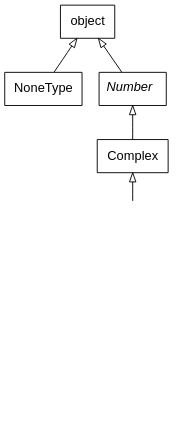
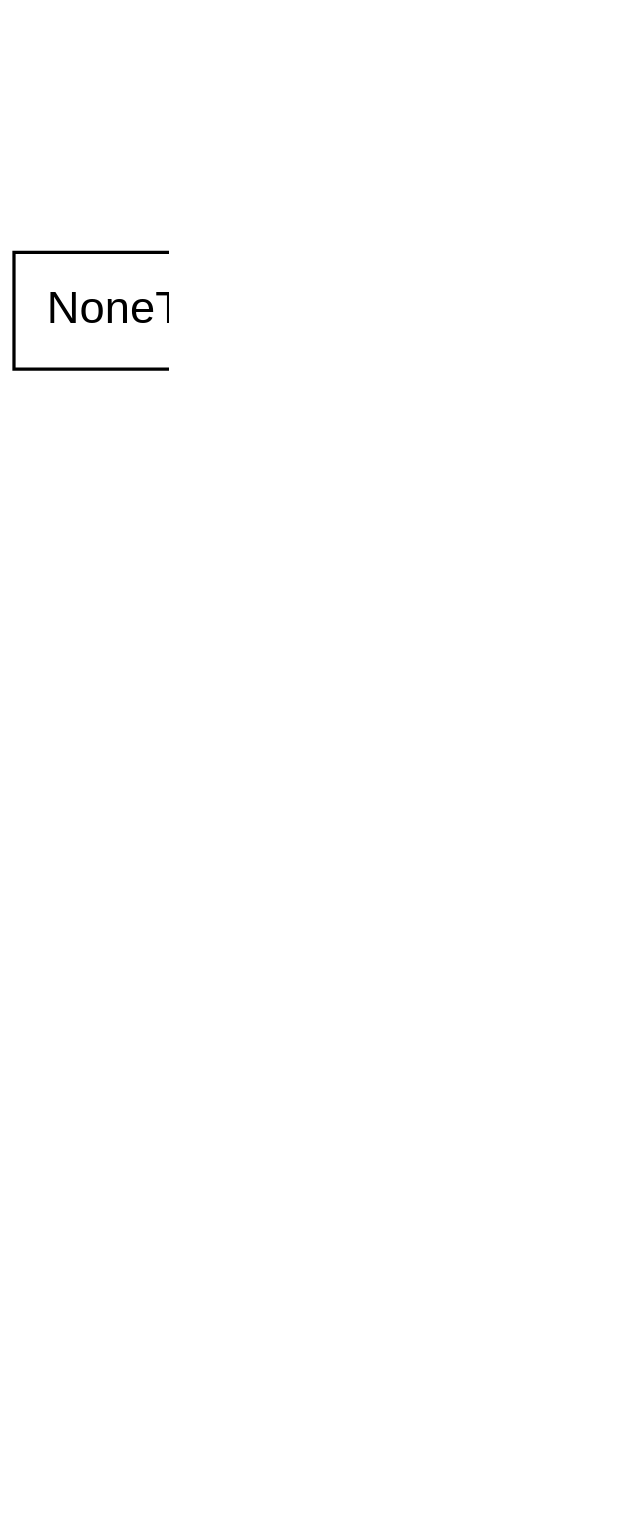
One commit to AlbericC/intro-python-uml changed the diagram in img/image-8.dot. Above: the diagram before and after it, drawn with Graphviz. The commit also changed 1 other file, not shown here.

```diff
--- a/img/image-8.dot
+++ b/img/image-8.dot
@@ -1,25 +1,25 @@
 digraph "classes_numbers" {
 charset="utf-8"
 rankdir=BT
-    dpi=160
+    dpi=300
     edge [fontname=Helvetica]
     node [shape=record fontname=Helvetica]
 
 "0" [label="Complex", shape="record"];
 "1" [label=<<I>Integral</I>>, shape="record"];
 "2" [label="NoneType", shape="record"];
 "3" [label=<<i>Number</i>>, shape="record"];
 "4" [label="Rational", shape="record"];
 "5" [label="Real", shape="record"];
 "6" [label="object", shape="record"];
 "int" [label="int", shape="record"];
 "bool" [label="bool", shape="record"];
 "0" -> "3" [arrowhead="empty", arrowtail="none"];
 "1" -> "4" [arrowhead="empty", arrowtail="none"];
 "2" -> "6" [arrowhead="empty", arrowtail="none"];
 "3" -> "6" [arrowhead="empty", arrowtail="none"];
 "4" -> "5" [arrowhead="empty", arrowtail="none"];
 "5" -> "0" [arrowhead="empty", arrowtail="none"];
 "int" -> "1"[arrowhead="empty", arrowtail="none"];
 "bool" -> "1"[arrowhead="empty", arrowtail="none"];
 }
```
